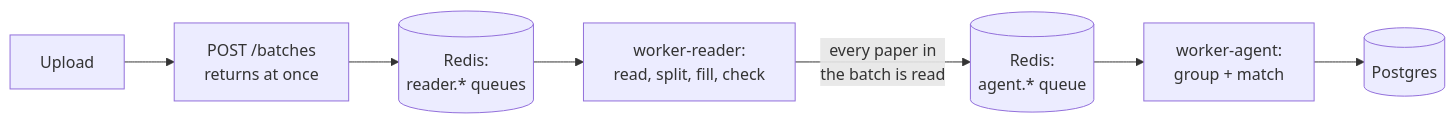
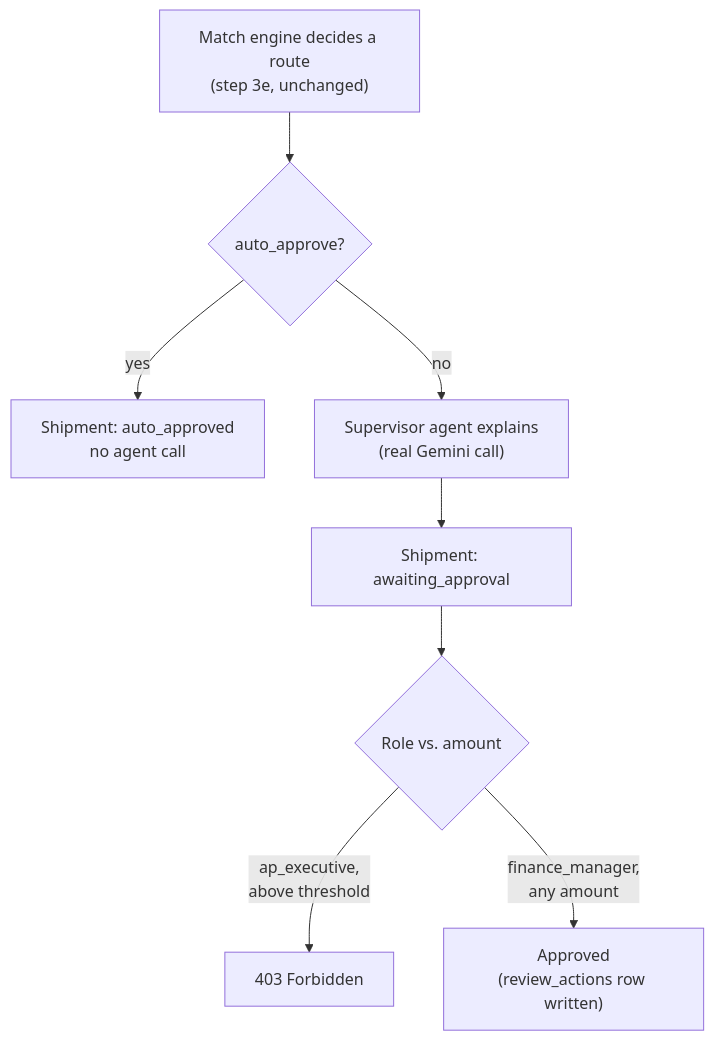
The second of 2 diagrams in README.md (capchitts/crossexam-project), drawn with Mermaid before and after one commit. The commit also changed other lines of this file and 18 other files, not shown here.

First line of the commit message:
Step 6: agents and approval

````diff
--- a/README.md
+++ b/README.md
@@ -32,9 +37,10 @@
 ```mermaid
-flowchart LR
-    U["Upload"] --> API["POST /batches<br/>returns at once"]
-    API --> Q1[("Redis:<br/>reader.* queues")]
-    Q1 --> R["worker-reader:<br/>read, split, fill, check"]
-    R -- "every paper in<br/>the batch is read" --> Q2[("Redis:<br/>agent.* queue")]
-    Q2 --> A["worker-agent:<br/>group + match"]
-    A --> DB[("Postgres")]
+flowchart TD
+    M["Match engine decides a route<br/>(step 3e, unchanged)"] --> D{"auto_approve?"}
+    D -- yes --> AA["Shipment: auto_approved<br/>no agent call"]
+    D -- no --> AG["Supervisor agent explains<br/>(real Gemini call)"]
+    AG --> W["Shipment: awaiting_approval"]
+    W --> R{"Role vs. amount"}
+    R -- "ap_executive,<br/>above threshold" --> F["403 Forbidden"]
+    R -- "finance_manager,<br/>any amount" --> OK["Approved<br/>(review_actions row written)"]
 ```
````
